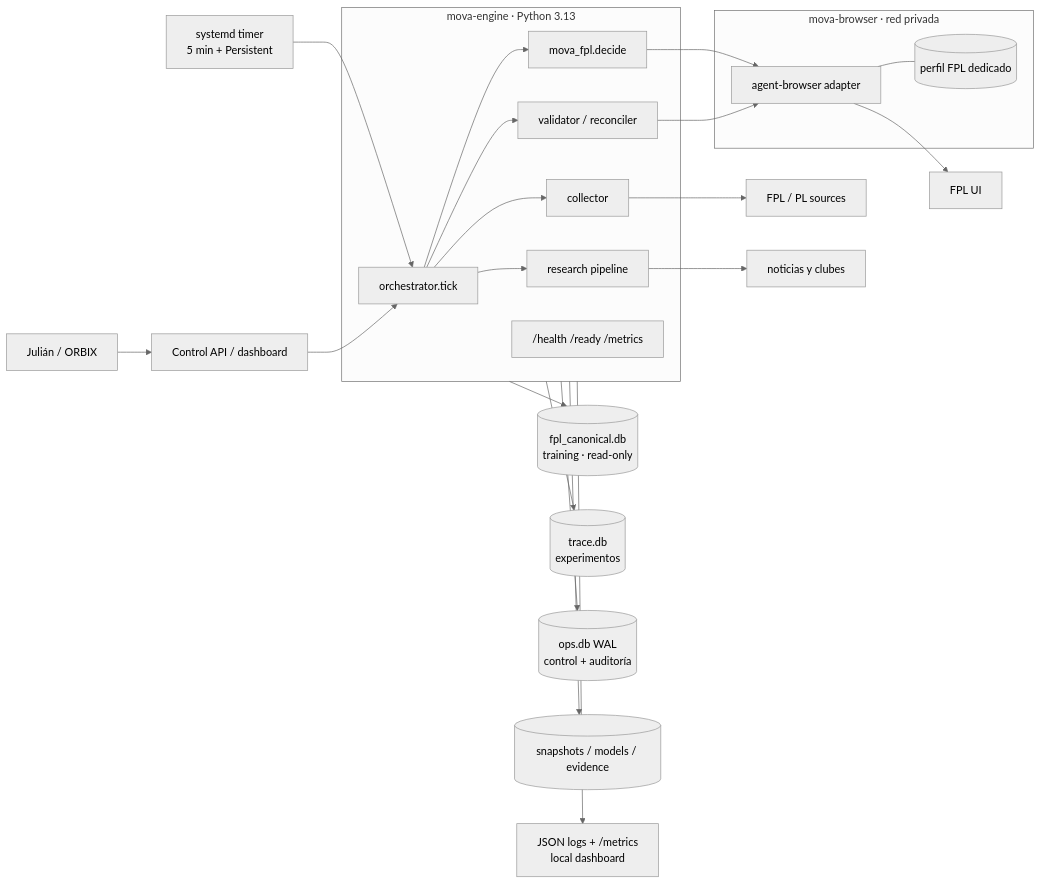
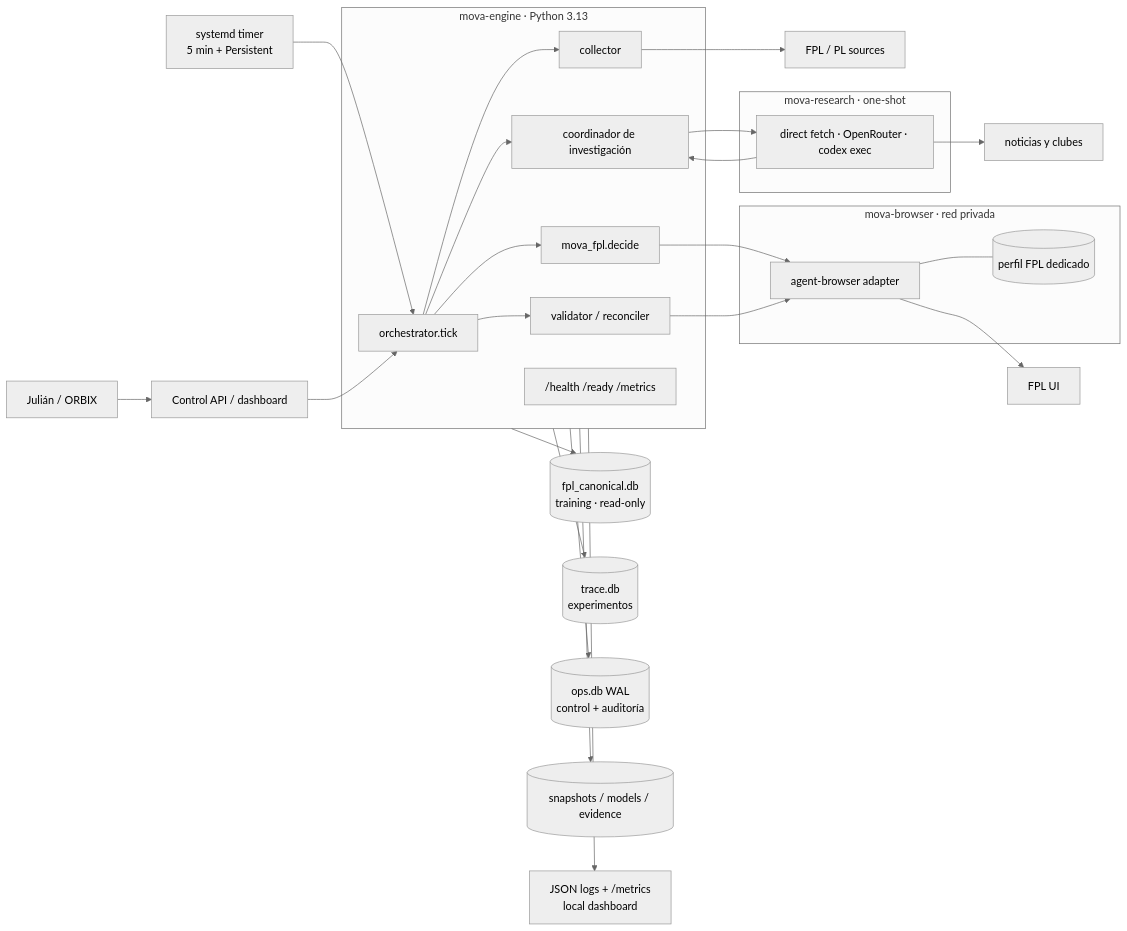
Before and after one commit to OrbitalLabBOG/mova-pro-futbol-data-analytics: the first of 3 diagrams in docs/specs/fpl-autonomous-operator/02-architecture.md, drawn with Mermaid (neutral theme). The commit also changed other lines of this file and 9 other files, not shown here.

````diff
--- a/docs/specs/fpl-autonomous-operator/02-architecture.md
+++ b/docs/specs/fpl-autonomous-operator/02-architecture.md
@@ -32,32 +34,38 @@
 ```mermaid
 flowchart LR
   timer["systemd timer\n5 min + Persistent"] --> tick["orchestrator.tick"]
   owner["Julián / ORBIX"] --> control["Control API / dashboard"]
   control --> tick
 
   subgraph engine["mova-engine · Python 3.13"]
     tick --> collector[collector]
-    tick --> research[research pipeline]
+    tick --> research_request[coordinador de investigación]
     tick --> decision["mova_fpl.decide"]
     tick --> verify[validator / reconciler]
     metrics["/health /ready /metrics"]
+  end
+
+  subgraph research["mova-research · one-shot"]
+    agent["direct fetch · OpenRouter · codex exec"]
   end
 
   subgraph browser["mova-browser · red privada"]
     executor["agent-browser adapter"]
     profile[("perfil FPL dedicado")]
     executor --- profile
   end
 
   collector --> fpl["FPL / PL sources"]
-  research --> web["noticias y clubes"]
+  research_request --> agent
+  agent --> web["noticias y clubes"]
+  agent --> research_request
   decision --> executor
   executor --> fplui["FPL UI"]
   verify --> executor
 
   engine --> canonical[("fpl_canonical.db\ntraining · read-only")]
   engine --> trace[("trace.db\nexperimentos")]
   engine --> ops[("ops.db WAL\ncontrol + auditoría")]
   engine --> artifacts[("snapshots / models / evidence")]
   engine --> telemetry["JSON logs + /metrics\nlocal dashboard"]
 ```
````
